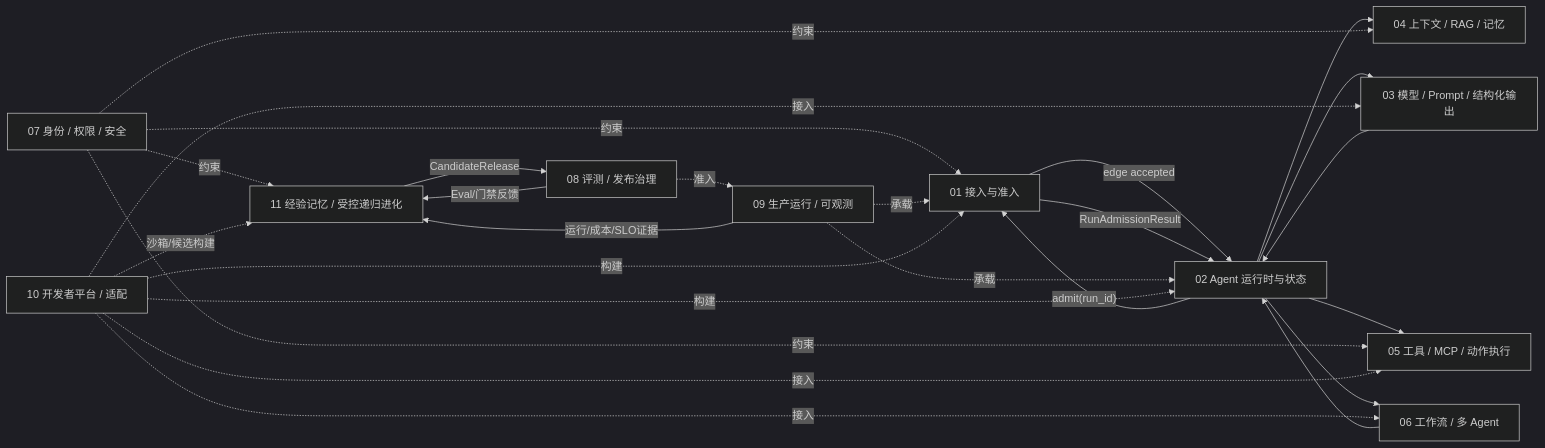
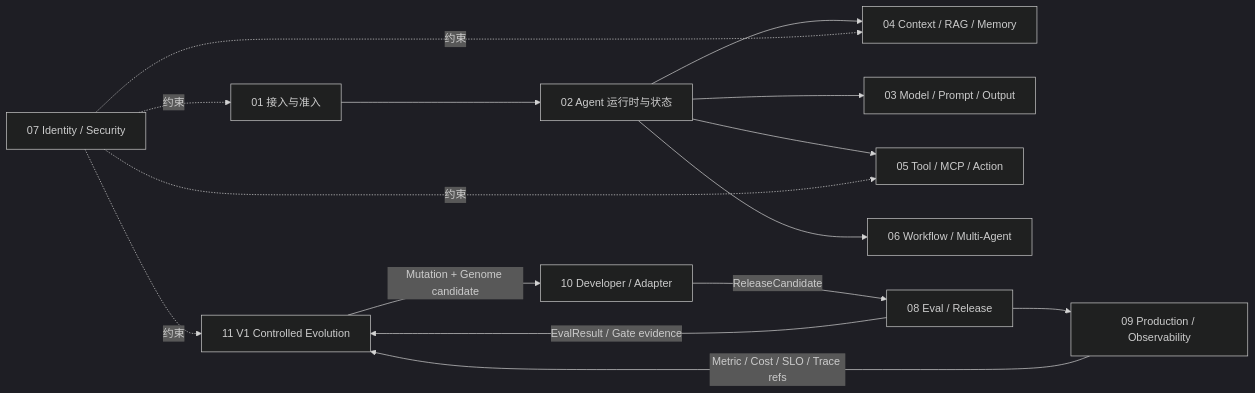
One commit to chun001-stac/Agent-UEAF changed the diagram in docs/00-总览/04-功能模块全景.md. Above: the diagram before and after it, drawn with Mermaid (dark theme). The commit also changed other lines of this file, not shown here.

Commit message:
docs: align module panorama with V1 evolution scope

````diff
--- a/docs/00-总览/04-功能模块全景.md
+++ b/docs/00-总览/04-功能模块全景.md
@@ -5,28 +8,17 @@
 ```mermaid
 flowchart LR
-    M01["01 接入与准入"] -->|"edge accepted"| M02["02 Agent 运行时与状态"]
-    M02 -->|"admit(run_id)"| M01
-    M01 -->|"RunAdmissionResult"| M02
-    M02 --> M04["04 上下文 / RAG / 记忆"]
-    M02 --> M03["03 模型 / Prompt / 结构化输出"]
-    M03 --> M02
-    M02 --> M05["05 工具 / MCP / 动作执行"]
-    M02 --> M06["06 工作流 / 多 Agent"]
-    M06 --> M02
-    M07["07 身份 / 权限 / 安全"] -.约束.-> M01
+    M01["01 接入与准入"] --> M02["02 Agent 运行时与状态"]
+    M02 --> M04["04 Context / RAG / Memory"]
+    M02 --> M03["03 Model / Prompt / Output"]
+    M02 --> M05["05 Tool / MCP / Action"]
+    M02 --> M06["06 Workflow / Multi-Agent"]
+    M07["07 Identity / Security"] -.约束.-> M01
     M07 -.约束.-> M04
     M07 -.约束.-> M05
-    M07 -.约束.-> M11["11 经验记忆 / 受控递归进化"]
-    M08["08 评测 / 发布治理"] -.准入.-> M09["09 生产运行 / 可观测"]
-    M09 -.承载.-> M01
-    M09 -.承载.-> M02
-    M09 -->|"运行/成本/SLO证据"| M11
-    M08 -->|"Eval/门禁反馈"| M11
-    M11 -->|"CandidateRelease"| M08
-    M10["10 开发者平台 / 适配"] -.构建.-> M01
-    M10 -.构建.-> M02
-    M10 -.接入.-> M03
-    M10 -.接入.-> M05
-    M10 -.接入.-> M06
-    M10 -.沙箱/候选构建.-> M11
+    M07 -.约束.-> M11["11 V1 Controlled Evolution"]
+    M08["08 Eval / Release"] --> M09["09 Production / Observability"]
+    M09 -->|"Metric / Cost / SLO / Trace refs"| M11
+    M08 -->|"EvalResult / Gate evidence"| M11
+    M11 -->|"Mutation + Genome candidate"| M10["10 Developer / Adapter"]
+    M10 -->|"ReleaseCandidate"| M08
 ```
````
